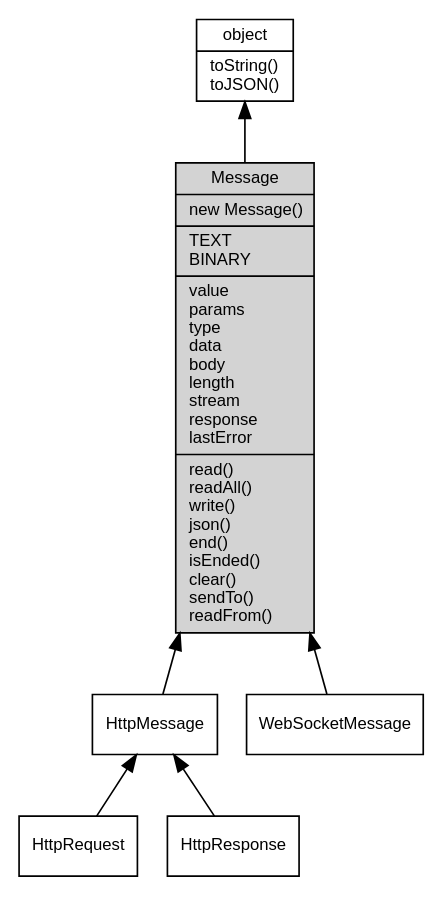
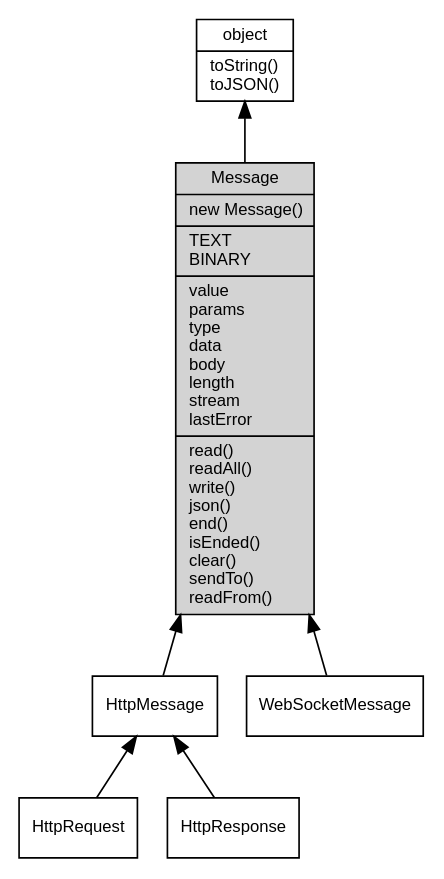
The diagram in docs/manual/object/ifs/Message.md (fibjs/fibjs.org), drawn with Graphviz before and after one commit. The commit also changed other lines of this file and 20 other files, not shown here.

````diff
--- a/docs/manual/object/ifs/Message.md
+++ b/docs/manual/object/ifs/Message.md
@@ -12,18 +12,18 @@
 ```dot
 digraph {
     node [fontname="Helvetica,sans-Serif", fontsize=10, shape="record", style="filled", fillcolor="white"];
 
     object [tooltip="object", URL="object.md", label="{object|toString()\ltoJSON()\l}"];
-    Message [tooltip="Message", fillcolor="lightgray", id="me", label="{Message|new Message()\l|TEXT\lBINARY\l|value\lparams\ltype\ldata\lbody\llength\lstream\lresponse\llastError\l|read()\lreadAll()\lwrite()\ljson()\lend()\lisEnded()\lclear()\lsendTo()\lreadFrom()\l}"];
+    Message [tooltip="Message", fillcolor="lightgray", id="me", label="{Message|new Message()\l|TEXT\lBINARY\l|value\lparams\ltype\ldata\lbody\llength\lstream\llastError\l|read()\lreadAll()\lwrite()\ljson()\lend()\lisEnded()\lclear()\lsendTo()\lreadFrom()\l}"];
     HttpMessage [tooltip="HttpMessage", URL="HttpMessage.md", label="{HttpMessage}"];
     HttpRequest [tooltip="HttpRequest", URL="HttpRequest.md", label="{HttpRequest}"];
     HttpResponse [tooltip="HttpResponse", URL="HttpResponse.md", label="{HttpResponse}"];
     WebSocketMessage [tooltip="WebSocketMessage", URL="WebSocketMessage.md", label="{WebSocketMessage}"];
 
     object -> Message [dir=back];
     Message -> HttpMessage [dir=back];
     HttpMessage -> HttpRequest [dir=back];
     HttpMessage -> HttpResponse [dir=back];
     Message -> WebSocketMessage [dir=back];
 }
 ```
````
